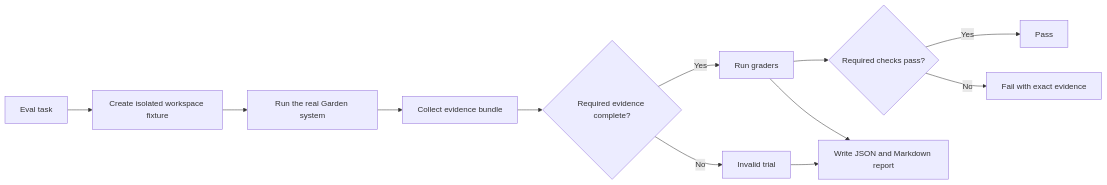
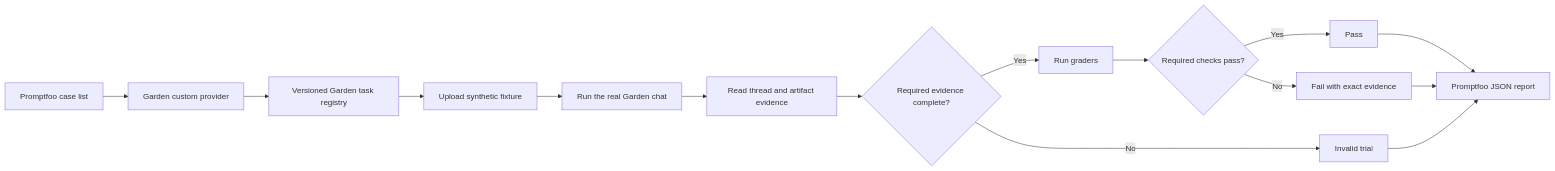
The first of 10 diagrams in docs/features/evaluation-system-design.md (Flow-Research/garden), drawn with Mermaid before and after one commit. The commit also changed other lines of this file and 13 other files, not shown here.

````diff
--- a/docs/features/evaluation-system-design.md
+++ b/docs/features/evaluation-system-design.md
@@ -41,14 +50,17 @@
 ```mermaid
 flowchart LR
-  Task[Eval task] --> Fixture[Create isolated workspace fixture]
-  Fixture --> Garden[Run the real Garden system]
-  Garden --> Evidence[Collect evidence bundle]
+  Cases[Promptfoo case list] --> Provider[Garden custom provider]
+  Provider --> Registry[Versioned Garden task registry]
+  Registry --> Fixture[Upload synthetic fixture]
+  Fixture --> Garden[Run the real Garden chat]
+  Garden --> Evidence[Read thread and artifact evidence]
   Evidence --> Complete{Required evidence complete?}
   Complete -->|No| Invalid[Invalid trial]
   Complete -->|Yes| Graders[Run graders]
   Graders --> Verdict{Required checks pass?}
   Verdict -->|Yes| Pass[Pass]
   Verdict -->|No| Fail[Fail with exact evidence]
-  Graders --> Report[Write JSON and Markdown report]
+  Pass --> Report[Promptfoo JSON report]
+  Fail --> Report
   Invalid --> Report
 ```
````
